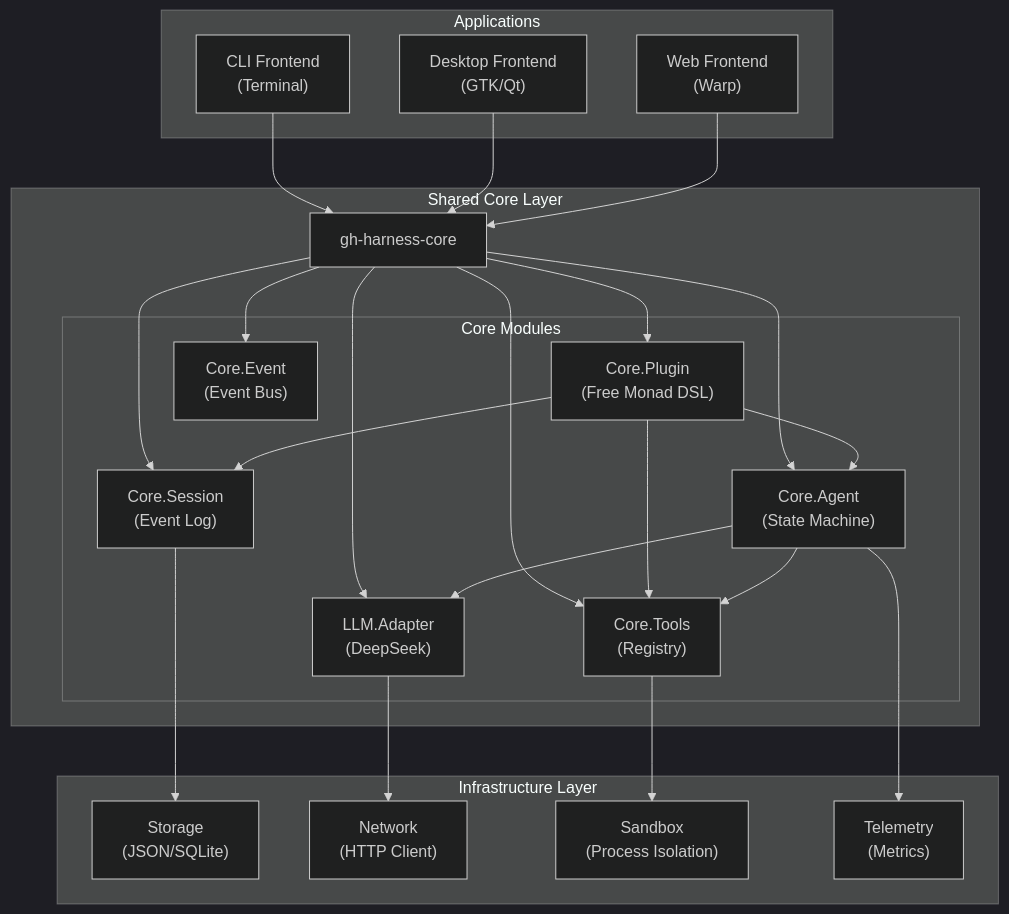
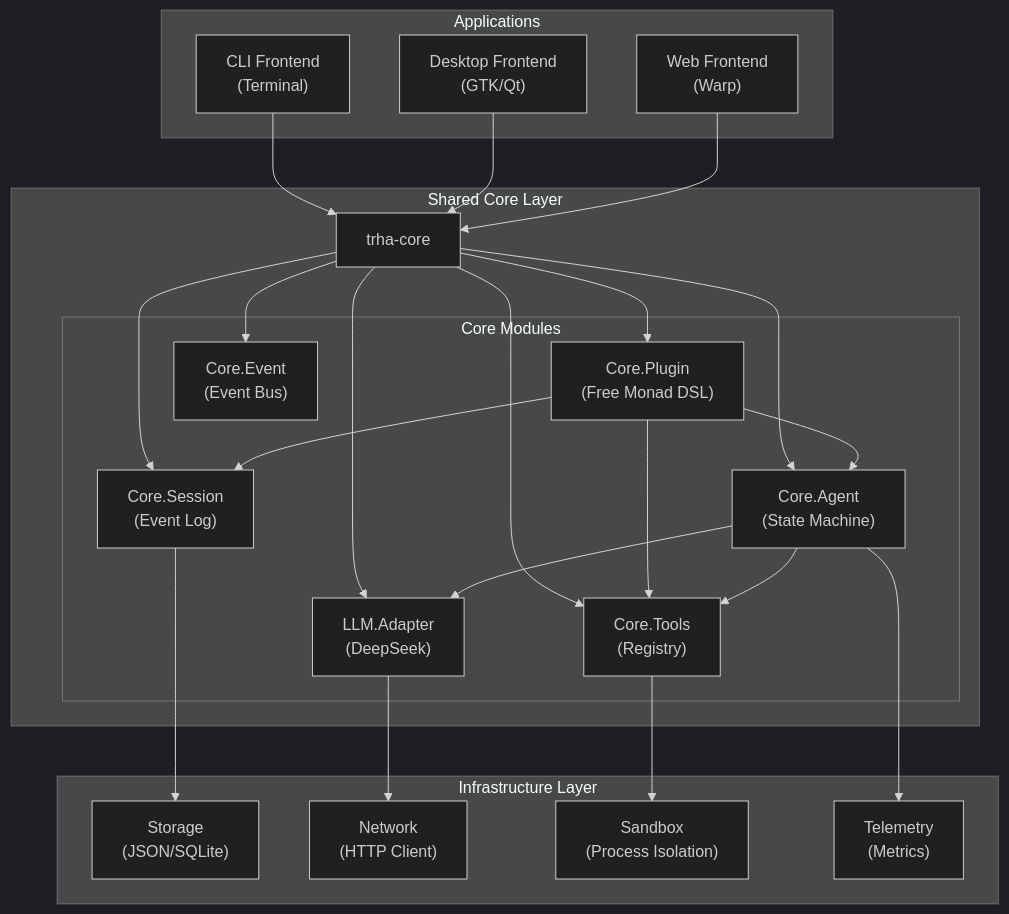
The diagram in maps/system-overview.mmd (clearnature/trha), drawn with Mermaid (dark theme) before and after one commit. The commit also changed 59 other files, not shown here.

First line of the commit message:
refactor: complete rename gh-harness to trha across codebase

```diff
--- a/maps/system-overview.mmd
+++ b/maps/system-overview.mmd
@@ -1,47 +1,47 @@
 graph TD
     subgraph "Applications"
         CLI["CLI Frontend<br/>(Terminal)"]
         Desktop["Desktop Frontend<br/>(GTK/Qt)"]
         Web["Web Frontend<br/>(Warp)"]
     end
 
     subgraph "Shared Core Layer"
-        Core["gh-harness-core"]
+        Core["trha-core"]
         subgraph "Core Modules"
             Plugin["Core.Plugin<br/>(Free Monad DSL)"]
             Session["Core.Session<br/>(Event Log)"]
             Agent["Core.Agent<br/>(State Machine)"]
             Tools["Core.Tools<br/>(Registry)"]
             LLM["LLM.Adapter<br/>(DeepSeek)"]
             Event["Core.Event<br/>(Event Bus)"]
         end
     end
 
     subgraph "Infrastructure Layer"
         Storage["Storage<br/>(JSON/SQLite)"]
         Network["Network<br/>(HTTP Client)"]
         Sandbox["Sandbox<br/>(Process Isolation)"]
         Telemetry["Telemetry<br/>(Metrics)"]
     end
 
     CLI --> Core
     Desktop --> Core
     Web --> Core
 
     Core --> Plugin
     Core --> Session
     Core --> Agent
     Core --> Tools
     Core --> LLM
     Core --> Event
 
     Session --> Storage
     LLM --> Network
     Tools --> Sandbox
     Agent --> Telemetry
 
     Plugin --> Session
     Plugin --> Agent
     Plugin --> Tools
     Agent --> LLM
     Agent --> Tools
```
